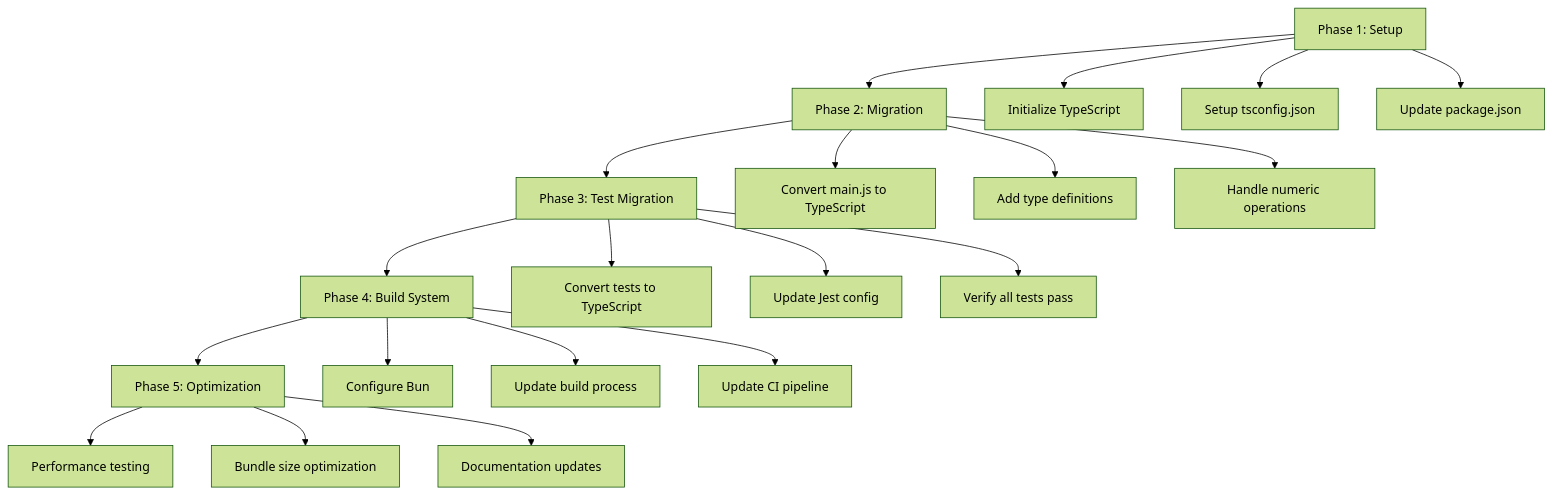
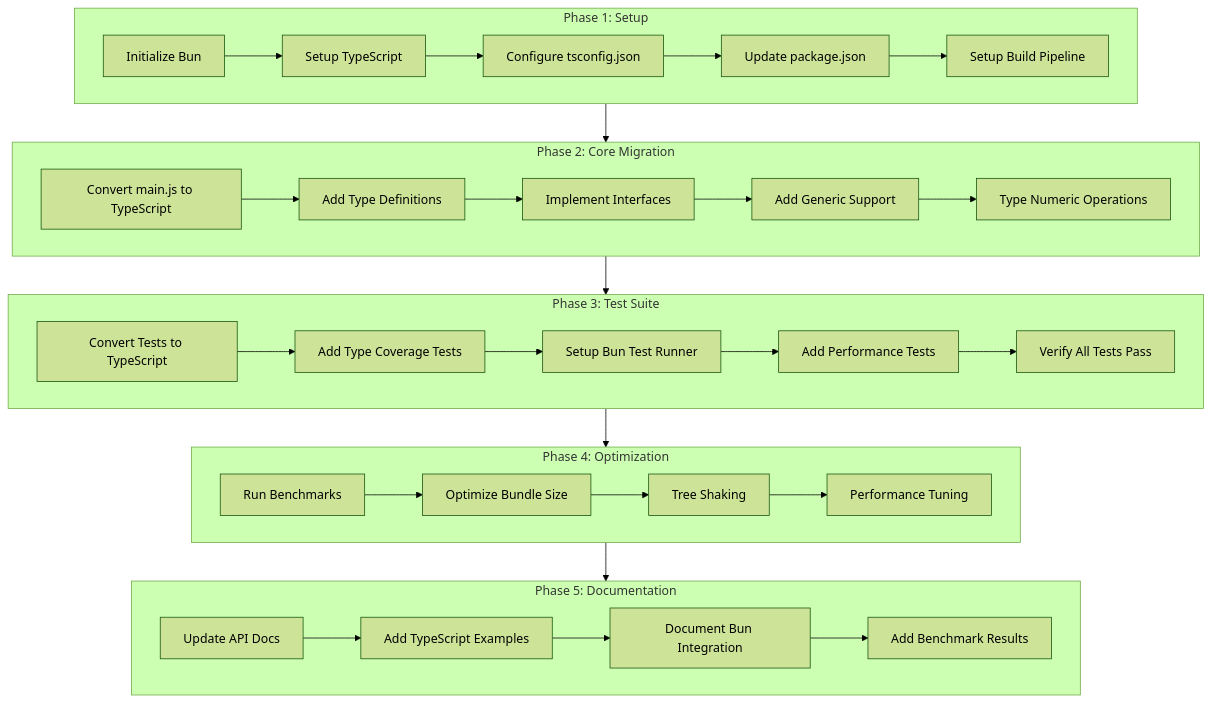
One commit to shola/bloom-filter-js changed the diagram in IMPLEMENTATION-PLAN.md. Above: the diagram before and after it, drawn with Mermaid (forest theme).

Commit message:
docs: update implementation plan

````diff
--- a/IMPLEMENTATION-PLAN.md
+++ b/IMPLEMENTATION-PLAN.md
@@ -8,27 +8,40 @@
 ```mermaid
 flowchart TB
-    A[Phase 1: Setup] --> B[Phase 2: Migration]
-    B --> C[Phase 3: Test Migration]
-    C --> D[Phase 4: Build System]
-    D --> E[Phase 5: Optimization]
+    subgraph Phase1[Phase 1: Setup]
+        A1[Initialize Bun] --> A2[Setup TypeScript]
+        A2 --> A3[Configure tsconfig.json]
+        A3 --> A4[Update package.json]
+        A4 --> A5[Setup Build Pipeline]
+    end
 
-    A --> A1[Initialize TypeScript]
-    A --> A2[Setup tsconfig.json]
-    A --> A3[Update package.json]
+    subgraph Phase2[Phase 2: Core Migration]
+        B1[Convert main.js to TypeScript] --> B2[Add Type Definitions]
+        B2 --> B3[Implement Interfaces]
+        B3 --> B4[Add Generic Support]
+        B4 --> B5[Type Numeric Operations]
+    end
 
-    B --> B1[Convert main.js to TypeScript]
-    B --> B2[Add type definitions]
-    B --> B3[Handle numeric operations]
+    subgraph Phase3[Phase 3: Test Suite]
+        C1[Convert Tests to TypeScript] --> C2[Add Type Coverage Tests]
+        C2 --> C3[Setup Bun Test Runner]
+        C3 --> C4[Add Performance Tests]
+        C4 --> C5[Verify All Tests Pass]
+    end
 
-    C --> C1[Convert tests to TypeScript]
-    C --> C2[Update Jest config]
-    C --> C3[Verify all tests pass]
+    subgraph Phase4[Phase 4: Optimization]
+        D1[Run Benchmarks] --> D2[Optimize Bundle Size]
+        D2 --> D3[Tree Shaking]
+        D3 --> D4[Performance Tuning]
+    end
 
-    D --> D1[Configure Bun]
-    D --> D2[Update build process]
-    D --> D3[Update CI pipeline]
+    subgraph Phase5[Phase 5: Documentation]
+        E1[Update API Docs] --> E2[Add TypeScript Examples]
+        E2 --> E3[Document Bun Integration]
+        E3 --> E4[Add Benchmark Results]
+    end
 
-    E --> E1[Performance testing]
-    E --> E2[Bundle size optimization]
-    E --> E3[Documentation updates]
+    Phase1 --> Phase2
+    Phase2 --> Phase3
+    Phase3 --> Phase4
+    Phase4 --> Phase5
 ```
````
